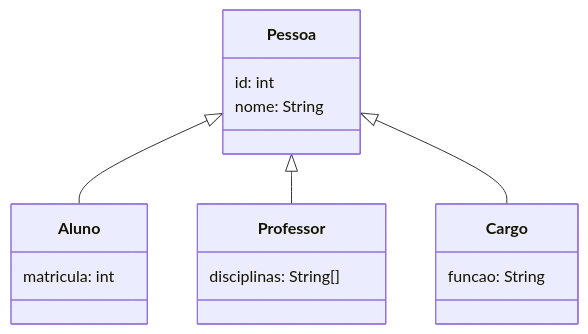
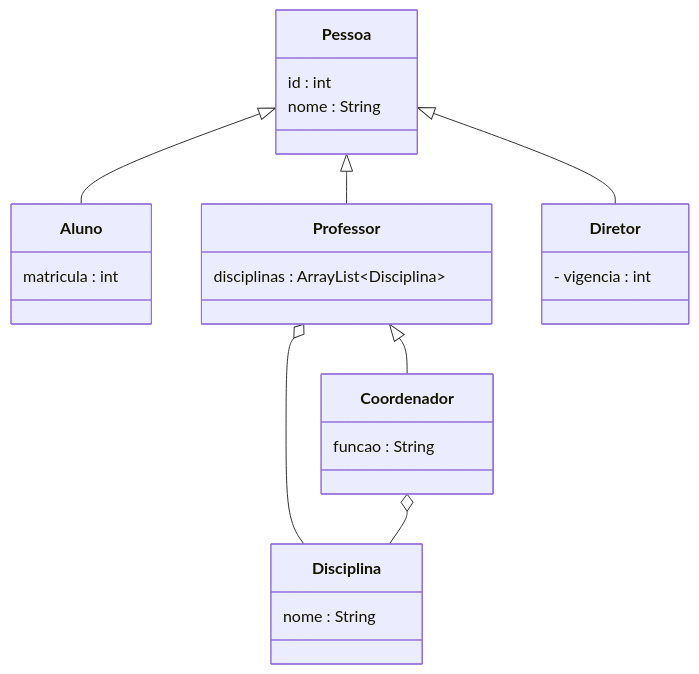
One commit to sfvini/POO changed the second of 5 diagrams in aula_13/README.md. Above: the diagram before and after it, drawn with Mermaid. The commit also changed other lines of this file and 2 other files, not shown here.

Commit message:
ajuste de UML

````diff
--- a/aula_13/README.md
+++ b/aula_13/README.md
@@ -2,25 +39,36 @@
 ```mermaid
 classDiagram
-    
+
     Pessoa <|-- Aluno
     Pessoa <|-- Professor
-    Pessoa <|-- Cargo
-    
+    Professor <|-- Coordenador
+    Pessoa <|-- Diretor
+
+    Professor o-- Disciplina
+    Coordenador o-- Disciplina
+
     class Pessoa {
-        id: int
-        nome: String
-    }
-    
-    class Aluno {
-        matricula: int
-    }
-    
-    class Professor {
-        disciplinas: String[]
+        id : int
+        nome : String
     }
 
-    class Cargo {
-        funcao: String 
-%%      DIRETOR/COORDENADOR
+    class Aluno {
+        matricula : int
+    }
+
+    class Professor {
+        disciplinas : ArrayList~Disciplina~
+    }
+
+    class Disciplina {
+        nome : String
+    }
+
+    class Coordenador{
+        funcao : String
+    }
+
+    class Diretor {
+        - vigencia : int
     }
 ```
````
